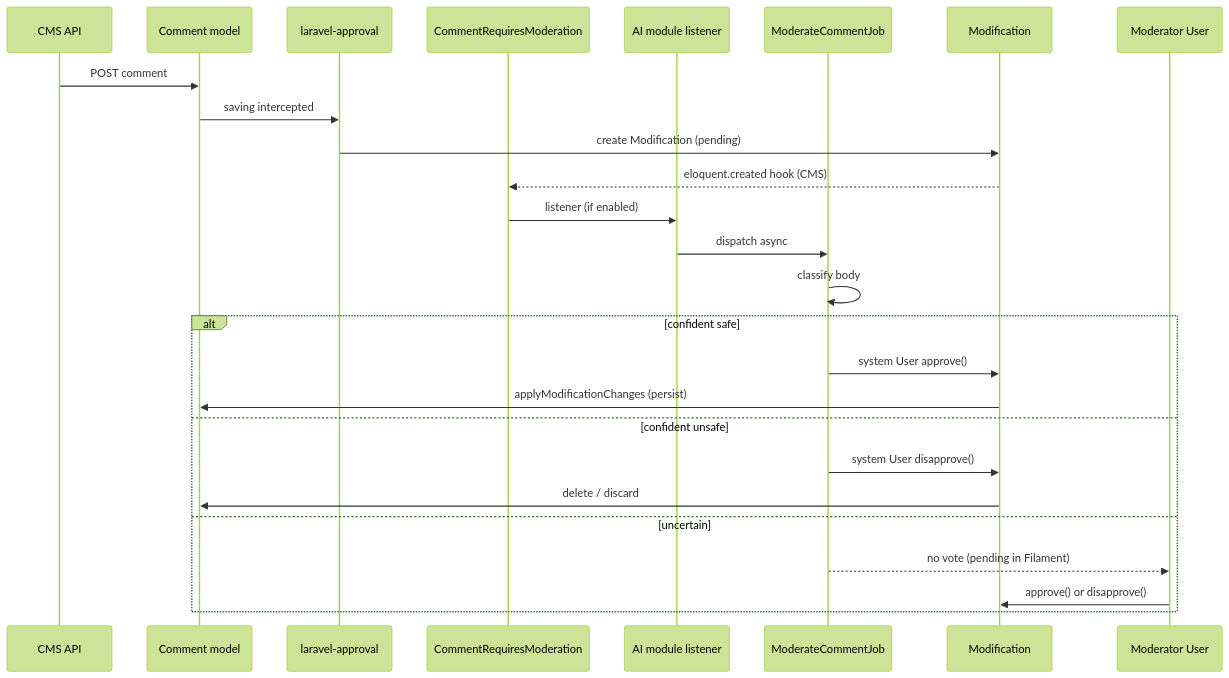
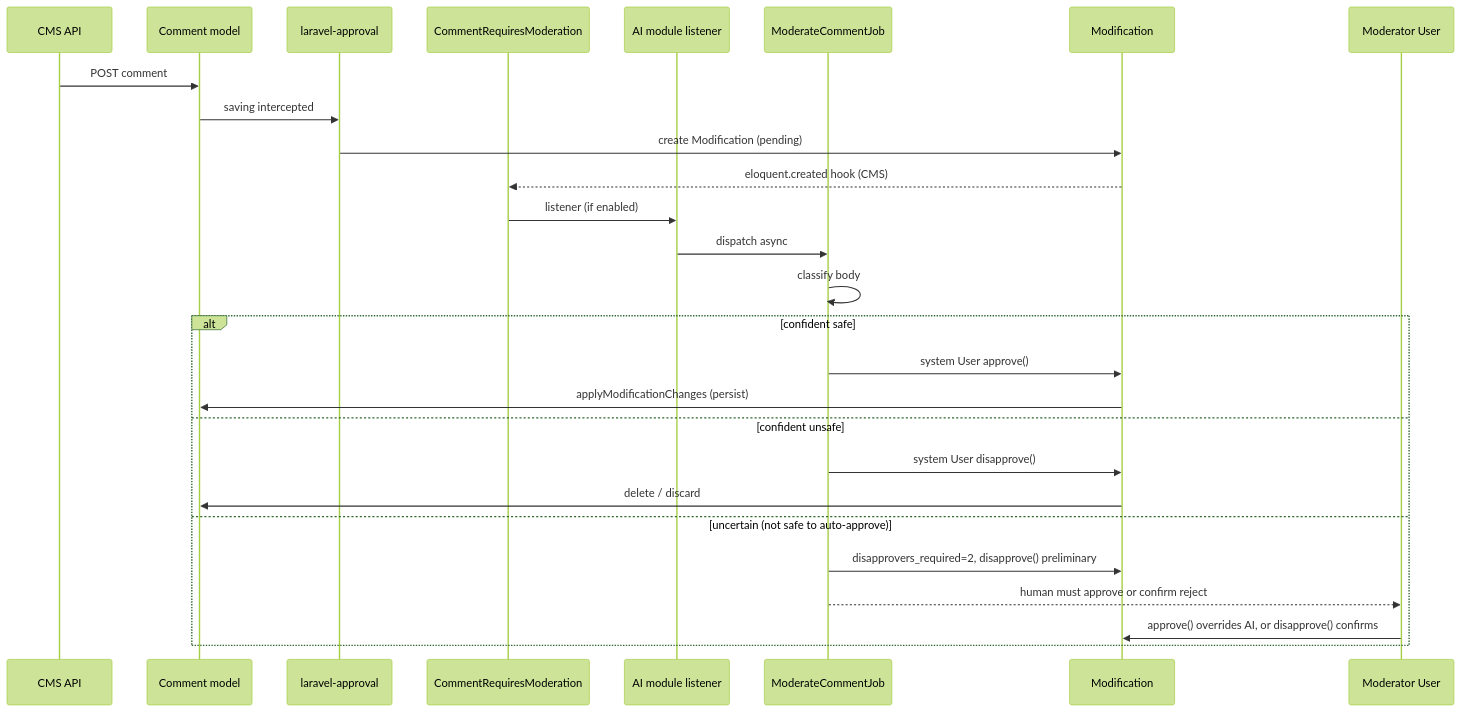
The diagram in docs/superpowers/specs/2026-05-15-cms-comments-moderation-design.md (swolley/laraplate), drawn with Mermaid (forest theme) before and after one commit. The commit also changed other lines of this file and 1 other file, not shown here.

First line of the commit message:
docs: add preliminary AI disapproval and implementation plan

````diff
--- a/docs/superpowers/specs/2026-05-15-cms-comments-moderation-design.md
+++ b/docs/superpowers/specs/2026-05-15-cms-comments-moderation-design.md
@@ -46,29 +46,30 @@
 ```mermaid
 sequenceDiagram
     participant API as CMS API
     participant Comment as Comment model
     participant Approval as laravel-approval
     participant Event as CommentRequiresModeration
     participant AI as AI module listener
     participant Job as ModerateCommentJob
     participant Mod as Modification
     participant Human as Moderator User
 
     API->>Comment: POST comment
     Comment->>Approval: saving intercepted
     Approval->>Mod: create Modification (pending)
     Mod-->>Event: eloquent.created hook (CMS)
     Event->>AI: listener (if enabled)
     AI->>Job: dispatch async
     Job->>Job: classify body
     alt confident safe
         Job->>Mod: system User approve()
         Mod->>Comment: applyModificationChanges (persist)
     else confident unsafe
         Job->>Mod: system User disapprove()
         Mod->>Comment: delete / discard
-    else uncertain
-        Job-->>Human: no vote (pending in Filament)
-        Human->>Mod: approve() or disapprove()
+    else uncertain (not safe to auto-approve)
+        Job->>Mod: disapprovers_required=2, disapprove() preliminary
+        Job-->>Human: human must approve or confirm reject
+        Human->>Mod: approve() overrides AI, or disapprove() confirms
     end
 ```
````
